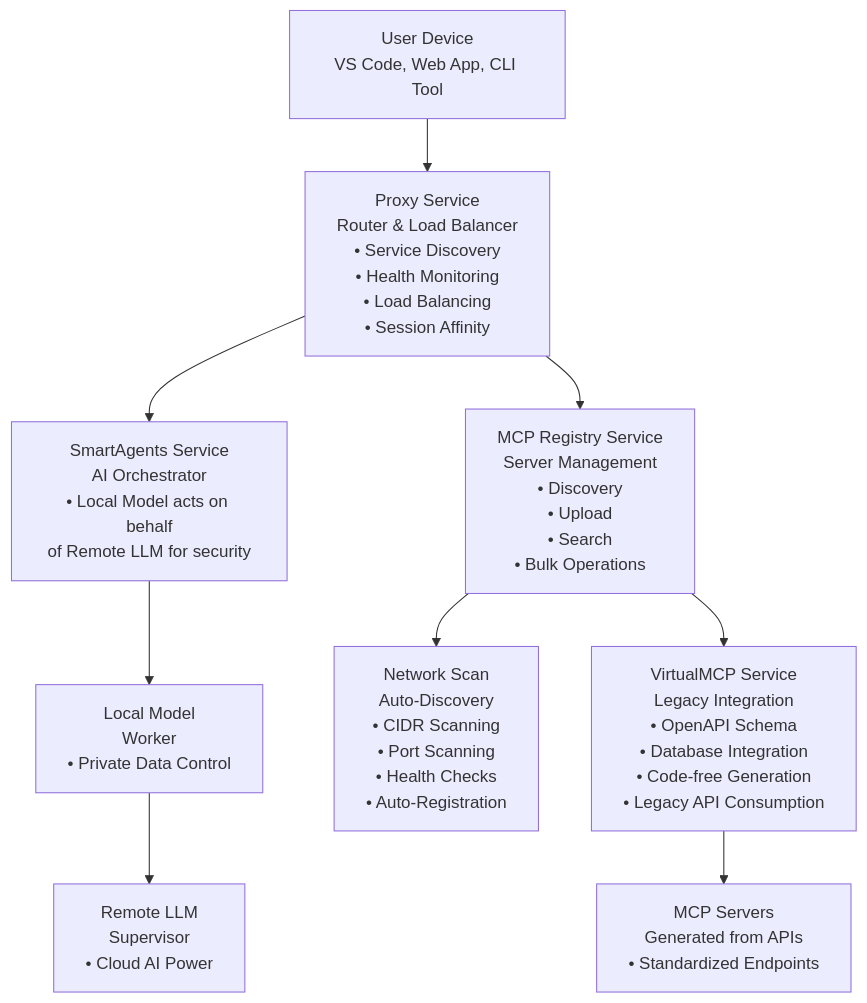
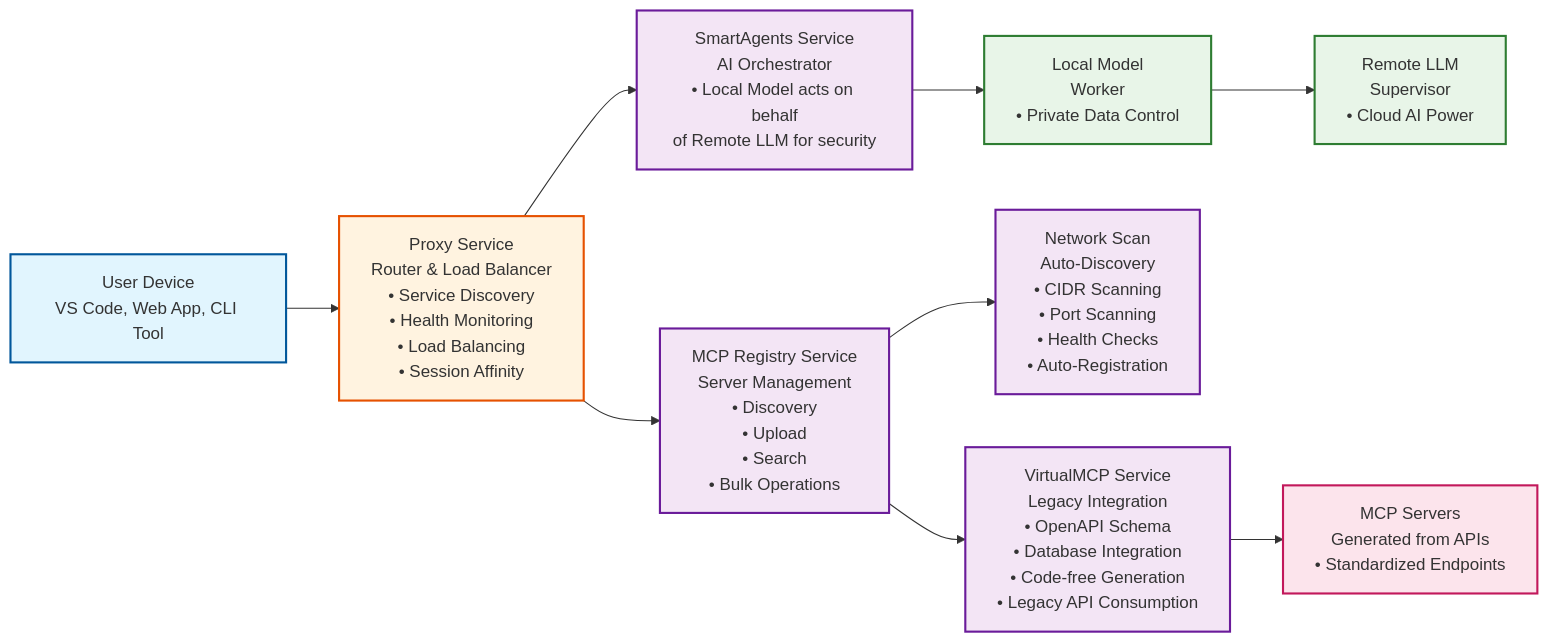
The diagram in README.md (SUSE/suse-ai-up), drawn with Mermaid before and after one commit.

````diff
--- a/README.md
+++ b/README.md
@@ -112,11 +112,23 @@
 ```mermaid
-graph TD
+graph LR
     A[User Device<br/>VS Code, Web App, CLI Tool] --> B[Proxy Service<br/>Router & Load Balancer<br/>• Service Discovery<br/>• Health Monitoring<br/>• Load Balancing<br/>• Session Affinity]
     B --> C[SmartAgents Service<br/>AI Orchestrator<br/>• Local Model acts on behalf<br/>of Remote LLM for security]
     B --> D[MCP Registry Service<br/>Server Management<br/>• Discovery<br/>• Upload<br/>• Search<br/>• Bulk Operations]
     D --> E[Network Scan<br/>Auto-Discovery<br/>• CIDR Scanning<br/>• Port Scanning<br/>• Health Checks<br/>• Auto-Registration]
     D --> F[VirtualMCP Service<br/>Legacy Integration<br/>• OpenAPI Schema<br/>• Database Integration<br/>• Code-free Generation<br/>• Legacy API Consumption]
     C --> G[Local Model<br/>Worker<br/>• Private Data Control]
     G --> H[Remote LLM<br/>Supervisor<br/>• Cloud AI Power]
     F --> I[MCP Servers<br/>Generated from APIs<br/>• Standardized Endpoints]
+
+    classDef userClass fill:#e1f5fe,stroke:#01579b,stroke-width:2px
+    classDef proxyClass fill:#fff3e0,stroke:#e65100,stroke-width:2px
+    classDef serviceClass fill:#f3e5f5,stroke:#6a1b9a,stroke-width:2px
+    classDef aiClass fill:#e8f5e8,stroke:#2e7d32,stroke-width:2px
+    classDef outputClass fill:#fce4ec,stroke:#c2185b,stroke-width:2px
+
+    class A userClass
+    class B proxyClass
+    class C,D,E,F serviceClass
+    class G,H aiClass
+    class I outputClass
 ```
````
